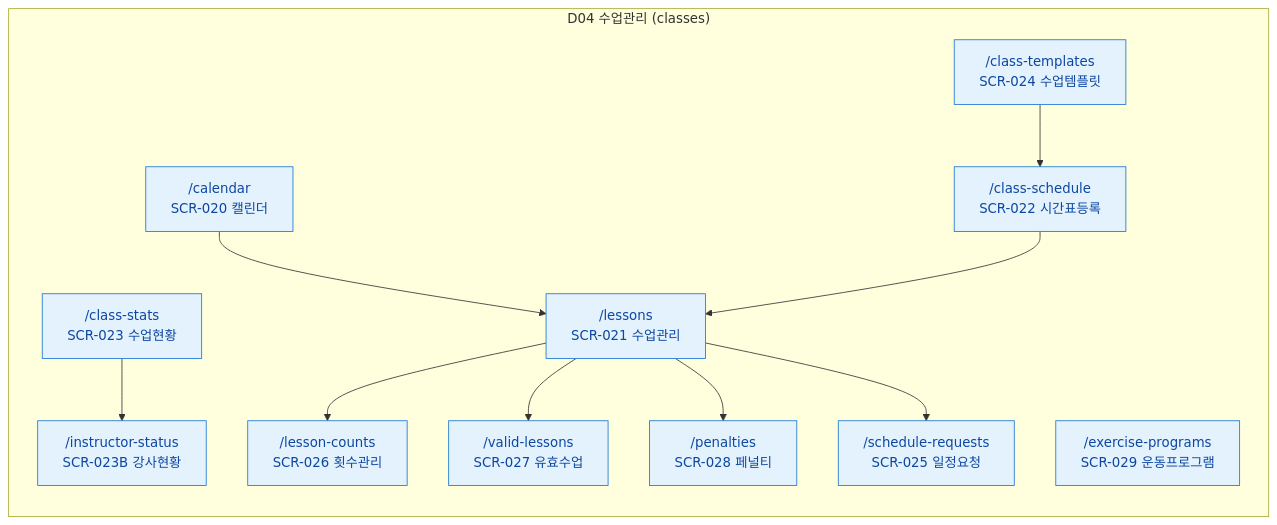
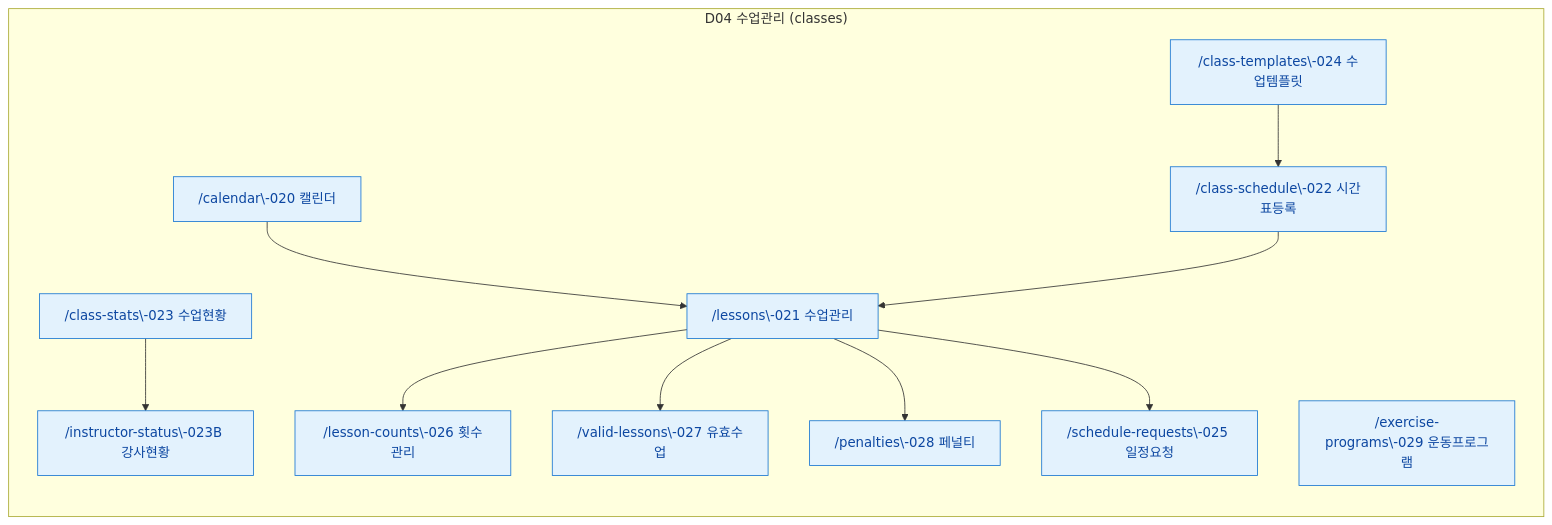
Before and after one commit to dev-spogym/admin-pando: the fourth of 11 diagrams in docs/다이어그램/00_사이트맵/N2_도메인별_사이트맵.md, drawn with Mermaid. The commit also changed other lines of this file and 1660 other files, not shown here.

First line of the commit message:
다이어그램: 기획자/클라이언트 납품본으로 정리

````diff
--- a/docs/다이어그램/00_사이트맵/N2_도메인별_사이트맵.md
+++ b/docs/다이어그램/00_사이트맵/N2_도메인별_사이트맵.md
@@ -90,28 +87,28 @@
 ```mermaid
 flowchart LR
     subgraph D04["D04 수업관리 (classes)"]
-        SCR020["/calendar\nSCR-020 캘린더"]
-        SCR021["/lessons\nSCR-021 수업관리"]
-        SCR022["/class-schedule\nSCR-022 시간표등록"]
-        SCR023["/class-stats\nSCR-023 수업현황"]
-        SCR023B["/instructor-status\nSCR-023B 강사현황"]
-        SCR024["/class-templates\nSCR-024 수업템플릿"]
-        SCR025["/schedule-requests\nSCR-025 일정요청"]
-        SCR026["/lesson-counts\nSCR-026 횟수관리"]
-        SCR027["/valid-lessons\nSCR-027 유효수업"]
-        SCR028["/penalties\nSCR-028 페널티"]
-        SCR029["/exercise-programs\nSCR-029 운동프로그램"]
+        SCR020["/calendar\-020 캘린더"]
+        SCR021["/lessons\-021 수업관리"]
+        SCR022["/class-schedule\-022 시간표등록"]
+        SCR023["/class-stats\-023 수업현황"]
+        SCR023B["/instructor-status\-023B 강사현황"]
+        SCR024["/class-templates\-024 수업템플릿"]
+        SCR025["/schedule-requests\-025 일정요청"]
+        SCR026["/lesson-counts\-026 횟수관리"]
+        SCR027["/valid-lessons\-027 유효수업"]
+        SCR028["/penalties\-028 페널티"]
+        SCR029["/exercise-programs\-029 운동프로그램"]
     end
 
     SCR020 --> SCR021
     SCR022 --> SCR021
     SCR024 --> SCR022
     SCR023 --> SCR023B
     SCR021 --> SCR026
     SCR021 --> SCR027
     SCR021 --> SCR028
     SCR021 --> SCR025
 
     classDef screen fill:#E3F2FD,stroke:#1976D2,color:#0D47A1
     class SCR020,SCR021,SCR022,SCR023,SCR023B,SCR024,SCR025,SCR026,SCR027,SCR028,SCR029 screen
 ```
````
